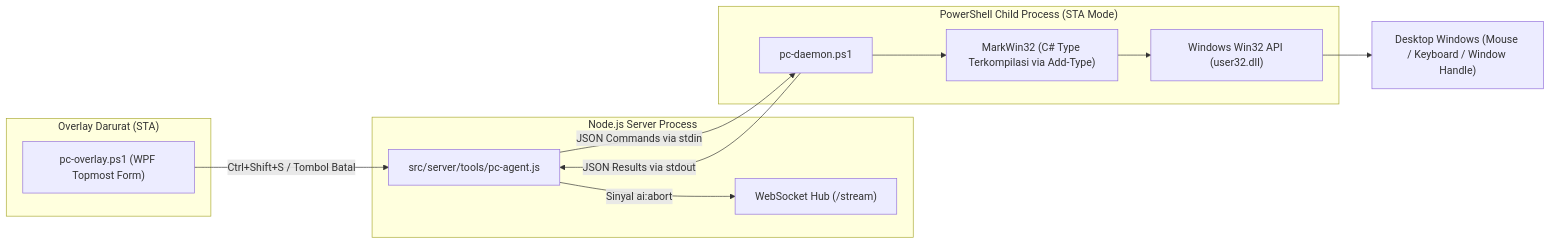
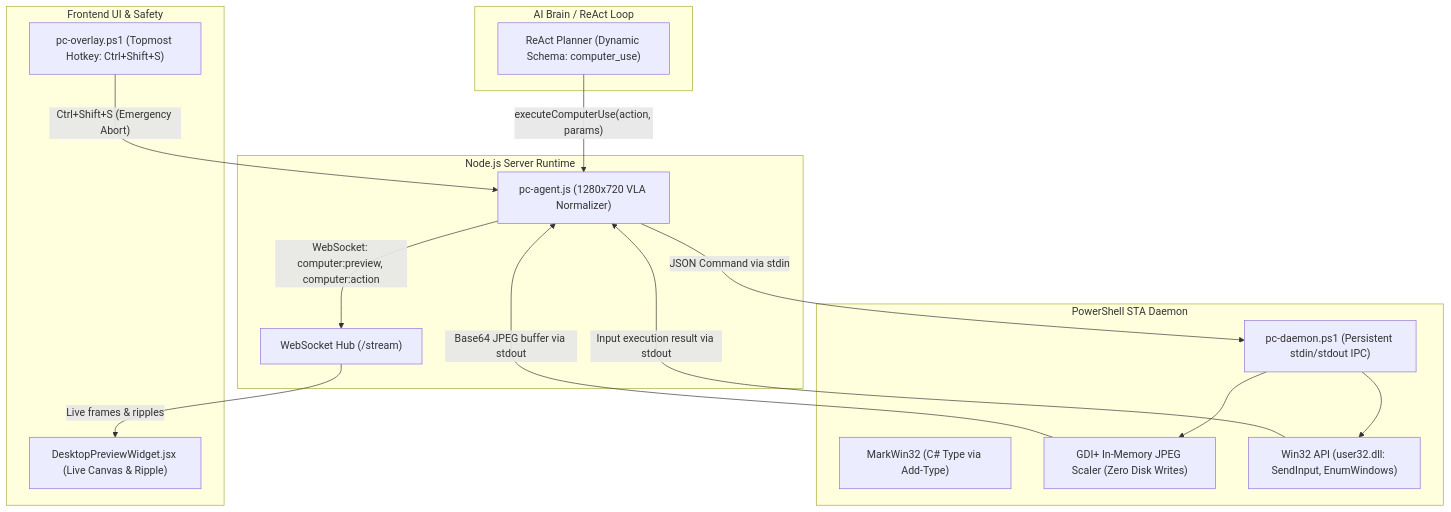
One commit to Mazees/mark-agent changed the diagram in docs/04-automation-and-tools/pc-automation.md. Above: the diagram before and after it, drawn with Mermaid. The commit also changed other lines of this file and 23 other files, not shown here.

````diff
--- a/docs/04-automation-and-tools/pc-automation.md
+++ b/docs/04-automation-and-tools/pc-automation.md
@@ -17,26 +22,33 @@
 ```mermaid
-flowchart LR
-    subgraph "Node.js Server Process"
-        PCAgent["src/server/tools/pc-agent.js"]
+flowchart TD
+    subgraph "AI Brain / ReAct Loop"
+        Planner["ReAct Planner (Dynamic Schema: computer_use)"]
+    end
+
+    subgraph "Node.js Server Runtime"
+        CoordEngine["pc-agent.js (1280x720 VLA Normalizer)"]
         WSHub["WebSocket Hub (/stream)"]
     end
 
-    subgraph "PowerShell Child Process (STA Mode)"
-        PCDaemon["pc-daemon.ps1"]
-        CSharp["MarkWin32 (C# Type Terkompilasi via Add-Type)"]
-        Win32API["Windows Win32 API (user32.dll)"]
+    subgraph "PowerShell STA Daemon"
+        Daemon["pc-daemon.ps1 (Persistent stdin/stdout IPC)"]
+        CSharp["MarkWin32 (C# Type via Add-Type)"]
+        GDI["GDI+ In-Memory JPEG Scaler (Zero Disk Writes)"]
+        Win32["Win32 API (user32.dll: SendInput, EnumWindows)"]
     end
 
-    subgraph "Overlay Darurat (STA)"
-        PCOverlay["pc-overlay.ps1 (WPF Topmost Form)"]
+    subgraph "Frontend UI & Safety"
+        HUD["DesktopPreviewWidget.jsx (Live Canvas & Ripple)"]
+        Overlay["pc-overlay.ps1 (Topmost Hotkey: Ctrl+Shift+S)"]
     end
 
-    PCAgent -->|"JSON Commands via stdin"| PCDaemon
-    PCDaemon -->|"JSON Results via stdout"| PCAgent
-    PCDaemon --> CSharp
-    CSharp --> Win32API
-    Win32API --> Desktop["Desktop Windows (Mouse / Keyboard / Window Handle)"]
-
-    PCOverlay -->|"Ctrl+Shift+S / Tombol Batal"| PCAgent
-    PCAgent -->|"Sinyal ai:abort"| WSHub
+    Planner -->|"executeComputerUse(action, params)"| CoordEngine
+    CoordEngine -->|"JSON Command via stdin"| Daemon
+    Daemon --> GDI
+    Daemon --> Win32
+    GDI -->|"Base64 JPEG buffer via stdout"| CoordEngine
+    Win32 -->|"Input execution result via stdout"| CoordEngine
+    CoordEngine -->|"WebSocket: computer:preview, computer:action"| WSHub
+    WSHub -->|"Live frames & ripples"| HUD
+    Overlay -->|"Ctrl+Shift+S (Emergency Abort)"| CoordEngine
 ```
````
